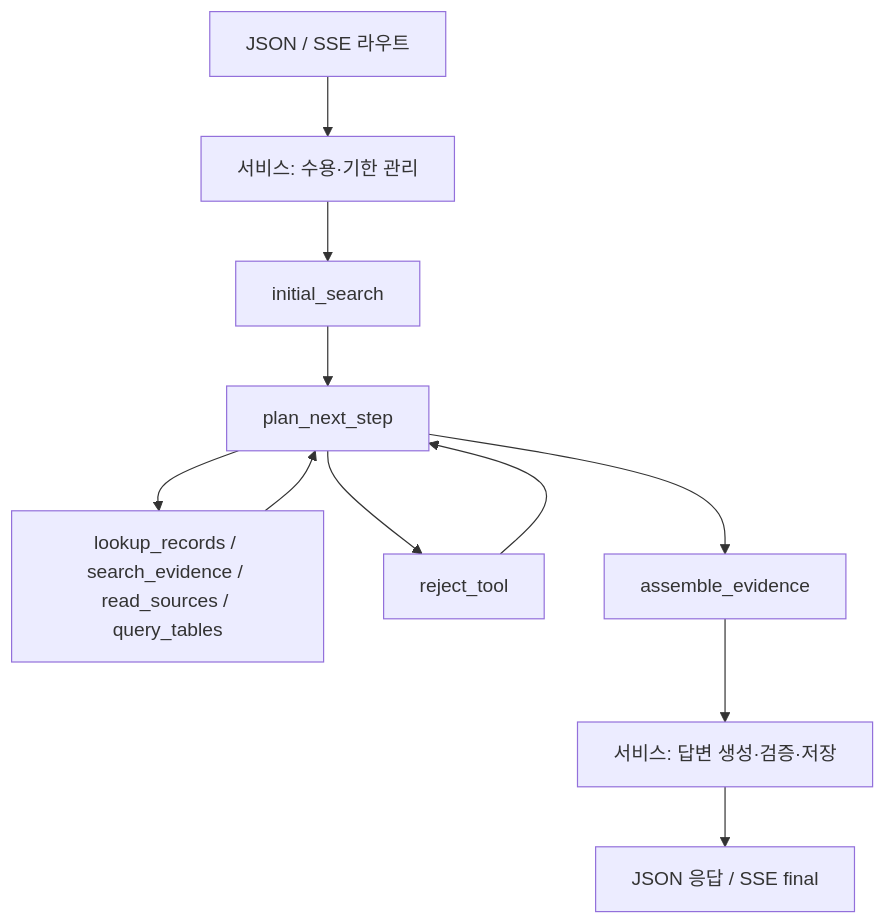
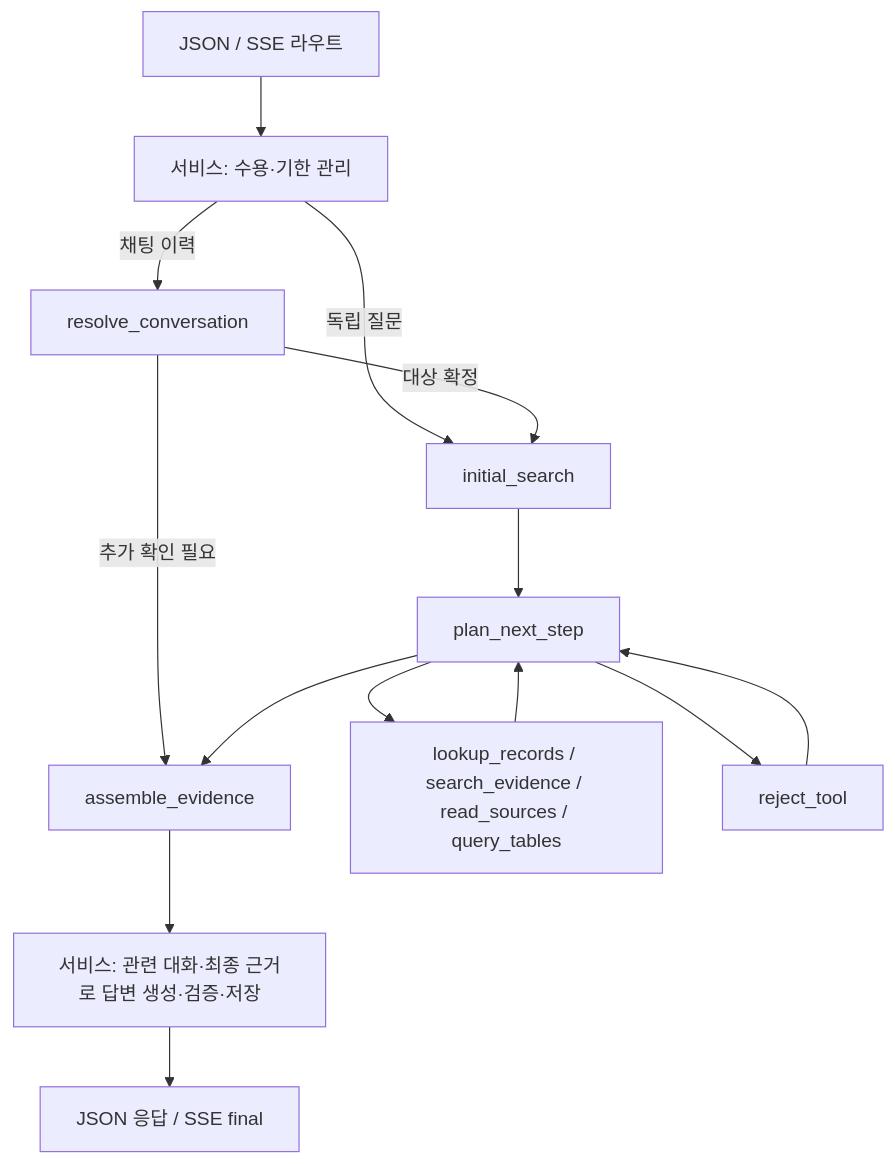
Before and after one commit to Somali-AI-Pirates/ADEN: the diagram in docs/design/server-code-design.md, drawn with Mermaid. The commit also changed other lines of this file and 40 other files, not shown here.

````diff
--- a/docs/design/server-code-design.md
+++ b/docs/design/server-code-design.md
@@ -47,13 +55,16 @@
 ```mermaid
 flowchart TD
     A["JSON / SSE 라우트"] --> B["서비스: 수용·기한 관리"]
-    B --> C["initial_search"]
+    B -->|채팅 이력| M["resolve_conversation"]
+    B -->|독립 질문| C["initial_search"]
+    M -->|대상 확정| C
+    M -->|추가 확인 필요| F
     C --> D["plan_next_step"]
     D --> E["lookup_records / search_evidence / read_sources / query_tables"]
     E --> D
     D --> X["reject_tool"]
     X --> D
     D --> F["assemble_evidence"]
-    F --> G["서비스: 답변 생성·검증·저장"]
+    F --> G["서비스: 관련 대화·최종 근거로 답변 생성·검증·저장"]
     G --> H["JSON 응답 / SSE final"]
 ```
````
